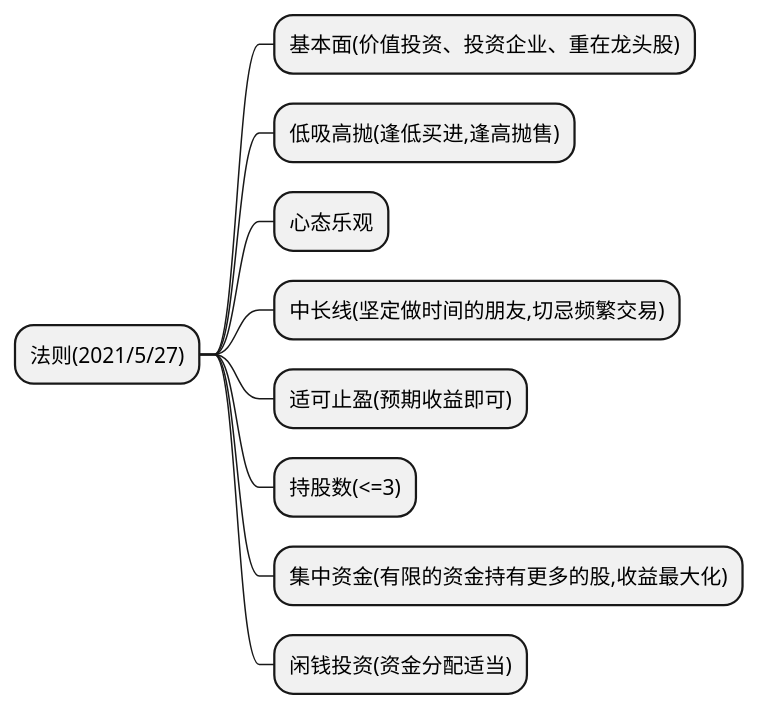
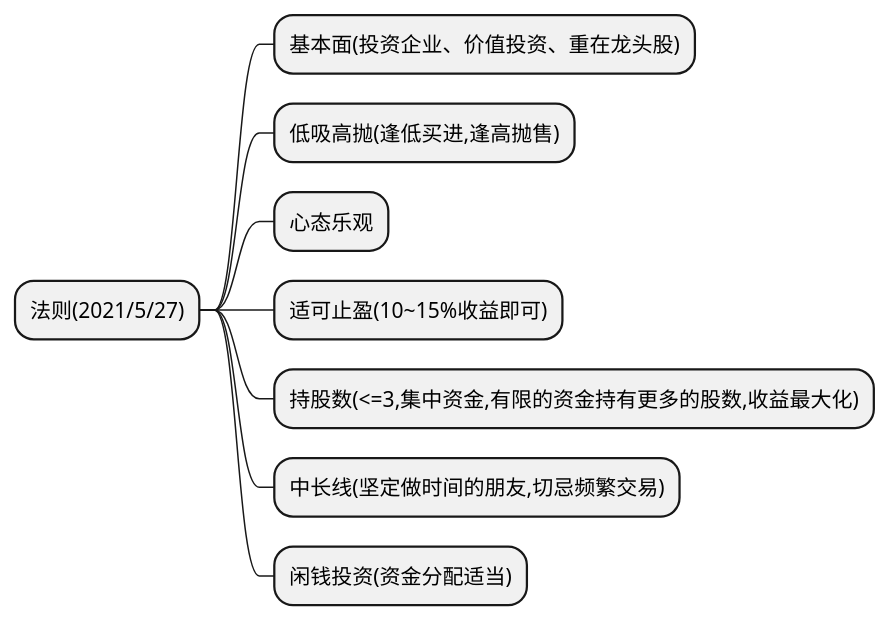
One commit to LiosWong/LiosWong.github.io changed the diagram in source/_posts/股票投资法则.md. Above: the diagram before and after it, drawn with PlantUML.

```diff
--- a/source/_posts/股票投资法则.md
+++ b/source/_posts/股票投资法则.md
@@ -12,13 +12,12 @@
 {% plantuml %}
 @startmindmap
 * 法则(2021/5/27)
-** 基本面(价值投资、投资企业、重在龙头股)
+** 基本面(投资企业、价值投资、重在龙头股)
 ** 低吸高抛(逢低买进,逢高抛售)
 ** 心态乐观
+** 适可止盈(10~15%收益即可)
+** 持股数(<=3,集中资金,有限的资金持有更多的股数,收益最大化)
 ** 中长线(坚定做时间的朋友,切忌频繁交易)
-** 适可止盈(预期收益即可)
-** 持股数(<=3)
-** 集中资金(有限的资金持有更多的股,收益最大化)
 ** 闲钱投资(资金分配适当)
 @endmindmap
 {% endplantuml %}
```
